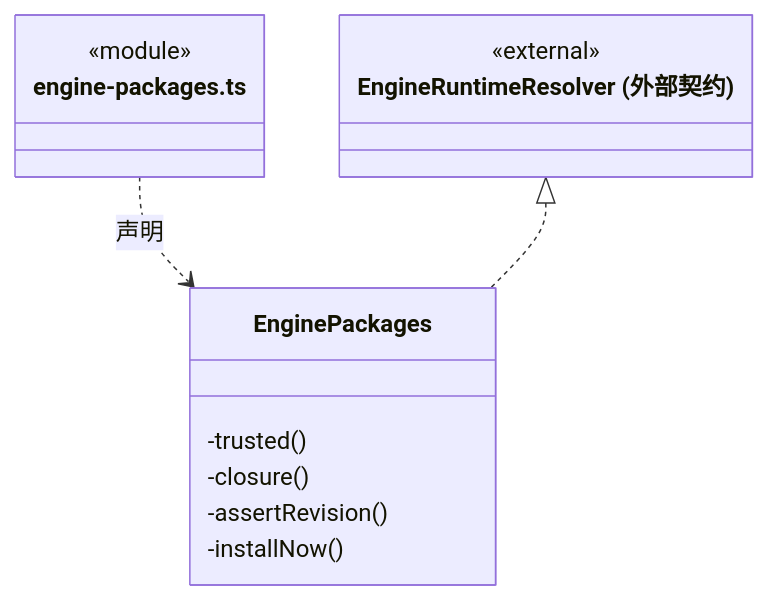
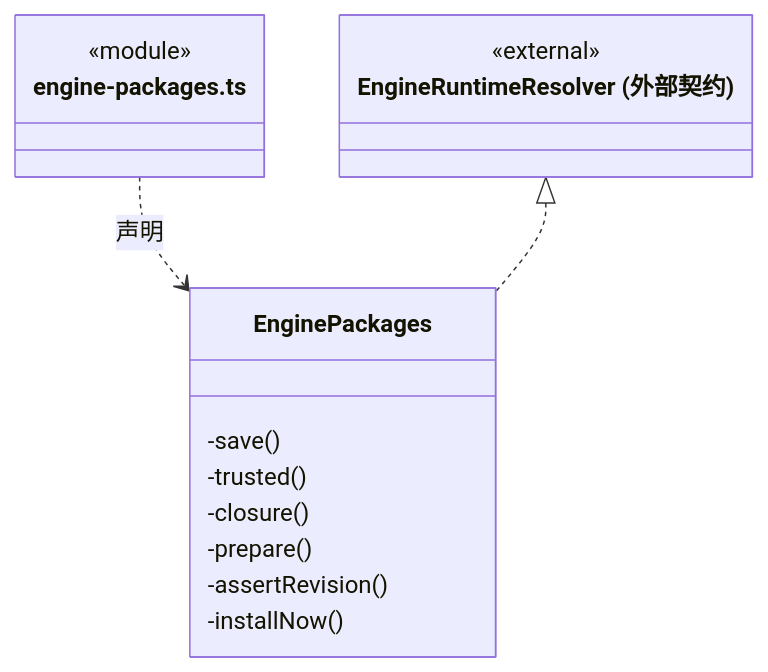
The second of 4 diagrams in src/logic/engines/packages/ARCHITECTURE.md (nan023062/cbim), drawn with Mermaid before and after one commit. The commit also changed other lines of this file and 27 other files, not shown here.

````diff
--- a/src/logic/engines/packages/ARCHITECTURE.md
+++ b/src/logic/engines/packages/ARCHITECTURE.md
@@ -59,17 +59,19 @@
 ```mermaid
 classDiagram
 class N_src_logic_engines_packages_engine_packages_ts["engine-packages.ts"] {
   <<module>>
 }
 class N_src_logic_engines_packages_engine_packages_ts_EnginePackages["EnginePackages"] {
+  -save()
   -trusted()
   -closure()
+  -prepare()
   -assertRevision()
   -installNow()
 }
 N_src_logic_engines_packages_engine_packages_ts ..> N_src_logic_engines_packages_engine_packages_ts_EnginePackages : 声明
 class N_src_logic_engines_packages_engine_packages_ts_external_EngineRuntimeResolver["EngineRuntimeResolver (外部契约)"] {
   <<external>>
 }
 N_src_logic_engines_packages_engine_packages_ts_external_EngineRuntimeResolver <|.. N_src_logic_engines_packages_engine_packages_ts_EnginePackages
 ```
````
